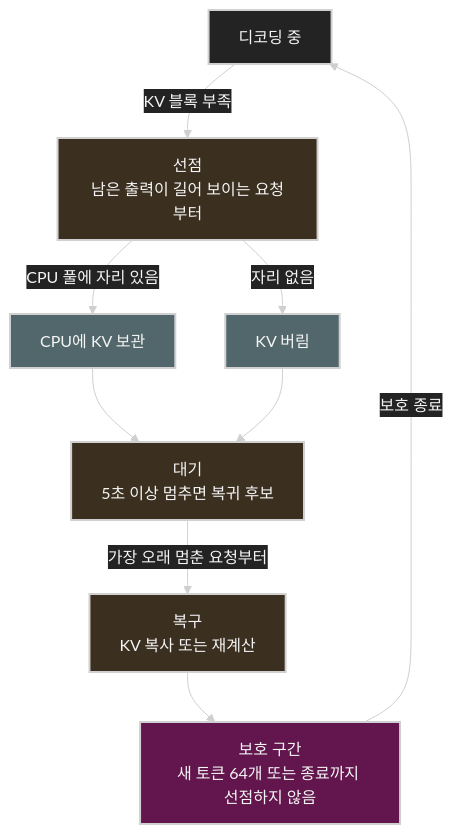
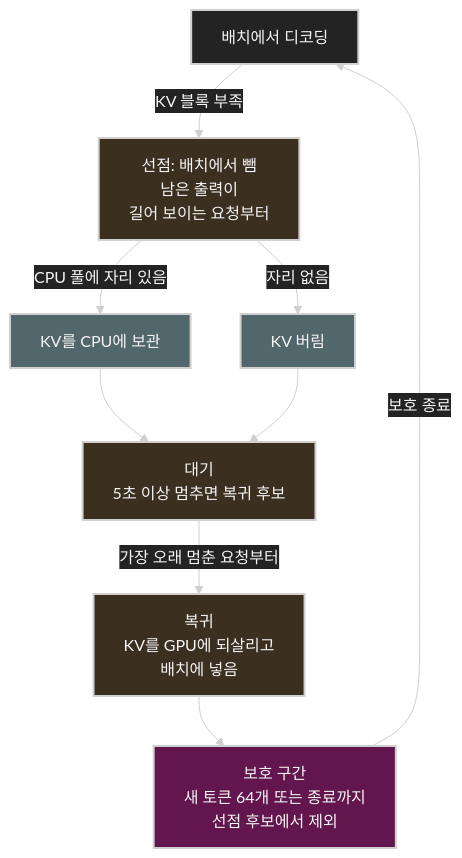
Before and after one commit to ziwon/ai-data-center-systems: the diagram in blog/2026-11-26-llm-kv-cache-thrashing.ko.md, drawn with Mermaid. The commit also changed other lines of this file and 1 other file, not shown here.

````diff
--- a/blog/2026-11-26-llm-kv-cache-thrashing.ko.md
+++ b/blog/2026-11-26-llm-kv-cache-thrashing.ko.md
@@ -42,21 +48,21 @@
 ```mermaid
 %%{init: {"theme": "base", "themeVariables": {"background": "#171717", "primaryColor": "#232323", "primaryTextColor": "#f5f5f5", "primaryBorderColor": "#d0d0d0", "lineColor": "#cfcfcf", "fontFamily": "Inter, Arial, sans-serif"}}}%%
 flowchart TB
-    R[디코딩 중] -->|KV 블록 부족| P[선점<br/>남은 출력이 길어 보이는 요청부터]
-    P -->|CPU 풀에 자리 있음| C[CPU에 KV 보관]
+    R[배치에서 디코딩] -->|KV 블록 부족| P[선점: 배치에서 뺌<br/>남은 출력이<br/>길어 보이는 요청부터]
+    P -->|CPU 풀에 자리 있음| C[KV를 CPU에 보관]
     P -->|자리 없음| D[KV 버림]
     C --> W[대기<br/>5초 이상 멈추면 복귀 후보]
     D --> W
-    W -->|가장 오래 멈춘 요청부터| L[복구<br/>KV 복사 또는 재계산]
-    L --> G[보호 구간<br/>새 토큰 64개 또는 종료까지 선점하지 않음]
+    W -->|가장 오래 멈춘 요청부터| L[복귀<br/>KV를 GPU에 되살리고<br/>배치에 넣음]
+    L --> G[보호 구간<br/>새 토큰 64개 또는 종료까지<br/>선점 후보에서 제외]
     G -->|보호 종료| R
 
     classDef primary fill:#232323,stroke:#d0d0d0,color:#f5f5f5,stroke-width:2px;
     classDef secondary fill:#3b2f20,stroke:#d0d0d0,color:#f5f5f5,stroke-width:2px;
     classDef note fill:#52676b,stroke:#d0d0d0,color:#f5f5f5,stroke-width:2px;
     classDef accent fill:#62164d,stroke:#d0d0d0,color:#f5f5f5,stroke-width:2px;
     class R primary
     class P,W,L secondary
     class C,D note
     class G accent
 ```
````
